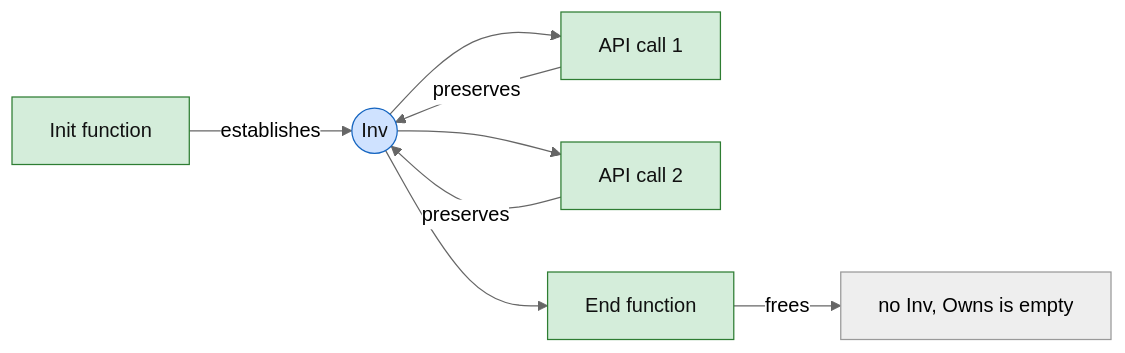
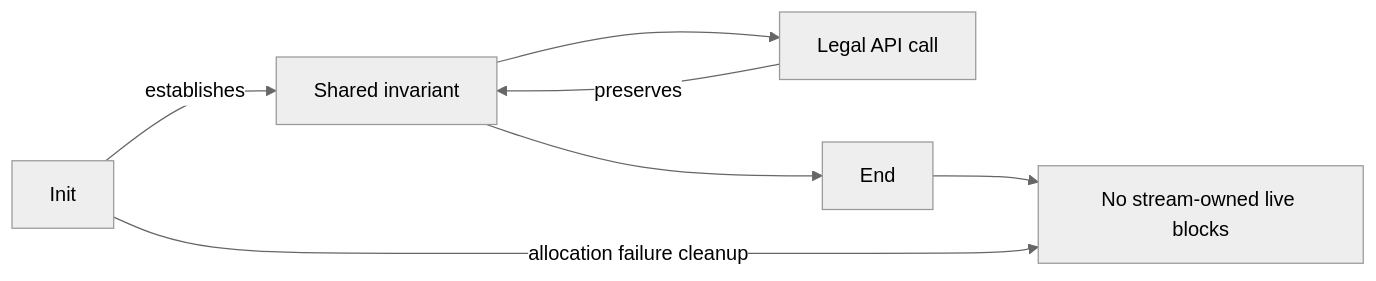
One commit to cla7aye15I4nd/zlib-f changed the diagram in docs/safety.md. Above: the diagram before and after it, drawn with Mermaid (neutral theme). The commit also changed other lines of this file and 95 other files, not shown here.

````diff
--- a/docs/safety.md
+++ b/docs/safety.md
@@ -34,15 +27,9 @@
 ```mermaid
 flowchart LR
-    I["Init function"] -->|establishes| INV(("Inv"))
-    INV --> A["API call 1"]
-    A -->|preserves| INV
-    INV --> B["API call 2"]
-    B -->|preserves| INV
-    INV --> E["End function"]
-    E -->|frees| Z["no Inv, Owns is empty"]
-
-    classDef thm fill:#d4edda,stroke:#2e7d32,color:#111;
-    classDef inv fill:#cfe2ff,stroke:#1565c0,color:#111;
-    class I,A,B,E thm;
-    class INV inv;
+    I[Init] -->|establishes| V[Shared invariant]
+    V --> A[Legal API call]
+    A -->|preserves| V
+    V --> E[End]
+    E --> Z[No stream-owned live blocks]
+    I -->|allocation failure cleanup| Z
 ```
````
